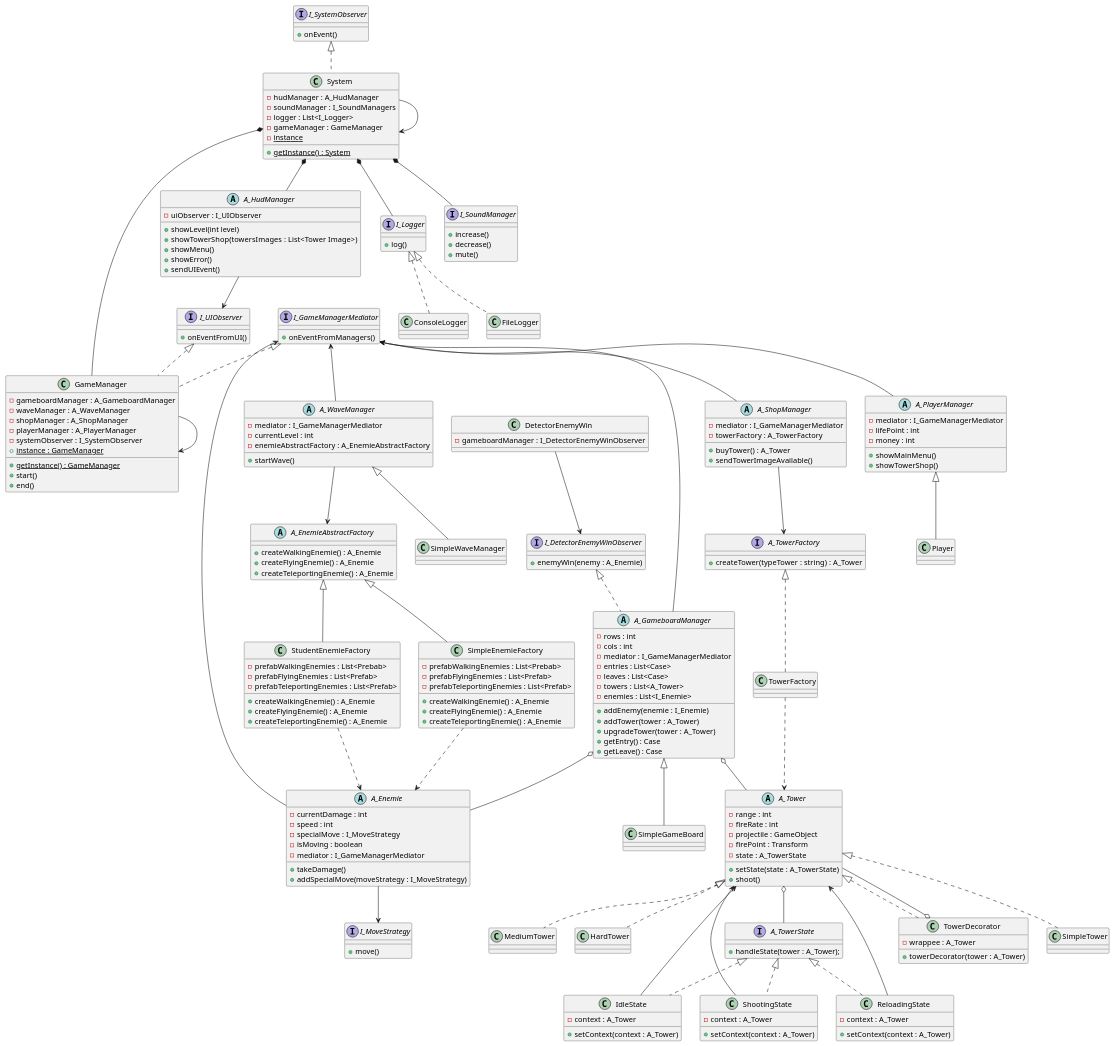
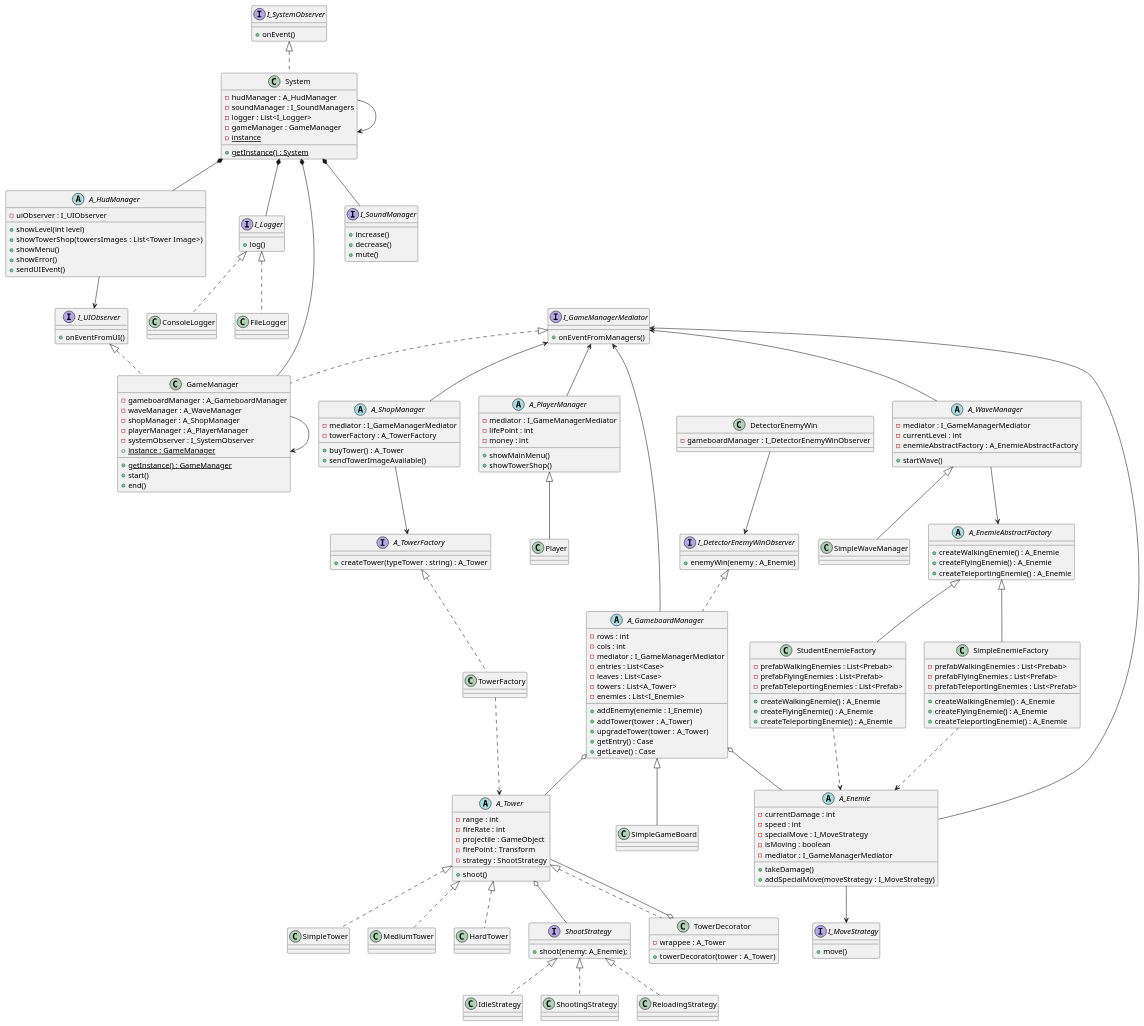
One commit to bobylatruffe/tower_defense changed the diagram in uml.plantuml. Above: the diagram before and after it, drawn with PlantUML. The commit also changed 36 other files, not shown here.

```diff
--- a/uml.plantuml
+++ b/uml.plantuml
@@ -184,8 +184,7 @@
     - fireRate : int
     - projectile : GameObject
     - firePoint : Transform
-    - state : A_TowerState
-    + setState(state : A_TowerState)
+    - strategy : ShootStrategy
     + shoot()
 }
 
@@ -227,30 +226,23 @@
 
 }
 
-interface A_TowerState {
-    + handleState(tower : A_Tower);
+interface ShootStrategy {
+    + shoot(enemy: A_Enemie);
 }
 
-class IdleState implements A_TowerState {
-    - context : A_Tower
-    + setContext(context : A_Tower)
+class IdleStrategy implements ShootStrategy {
+    
 }
 
-class ShootingState implements A_TowerState {
-    - context : A_Tower
-    + setContext(context : A_Tower)
+class ShootingStrategy implements ShootStrategy {
+    
 }
 
-class ReloadingState implements A_TowerState {
-    - context : A_Tower
-    + setContext(context : A_Tower)
+class ReloadingStrategy implements ShootStrategy {
+    
 }
 
-IdleState --> A_Tower
-ShootingState --> A_Tower
-ReloadingState --> A_Tower
-
-A_Tower o-- A_TowerState
+A_Tower o-- ShootStrategy
 
 class Player extends A_PlayerManager {
     
```
